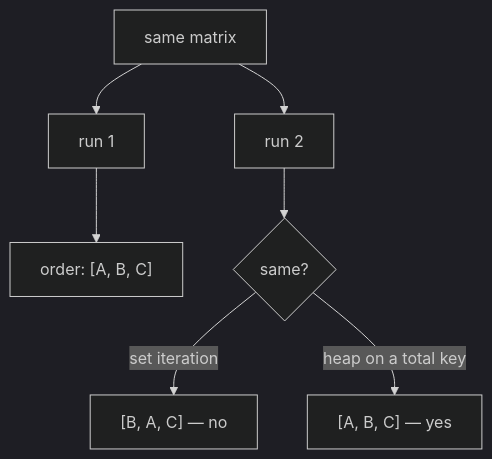
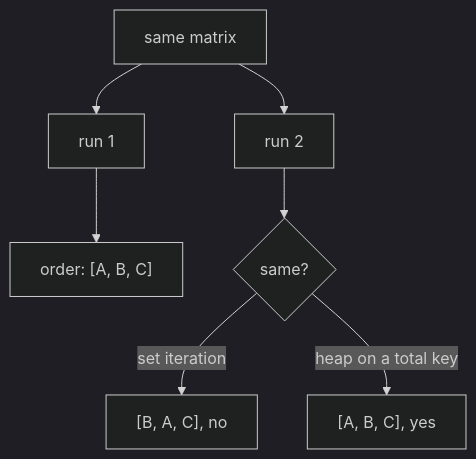
Before and after one commit to jennarbates/StratigraphyGenerator: the diagram in docs/cs/determinism-and-stable-sorting.md, drawn with Mermaid (dark theme). The commit also changed other lines of this file and 309 other files, not shown here.

````diff
--- a/docs/cs/determinism-and-stable-sorting.md
+++ b/docs/cs/determinism-and-stable-sorting.md
@@ -47,9 +47,9 @@
 ```mermaid
 flowchart TB
   I["same matrix"] --> A["run 1"]
   I --> B["run 2"]
   A --> O1["order: [A, B, C]"]
   B --> O2{"same?"}
-  O2 -->|"set iteration"| X["[B, A, C] — no"]
-  O2 -->|"heap on a total key"| Y["[A, B, C] — yes"]
+  O2 -->|"set iteration"| X["[B, A, C], no"]
+  O2 -->|"heap on a total key"| Y["[A, B, C], yes"]
 ```
````
